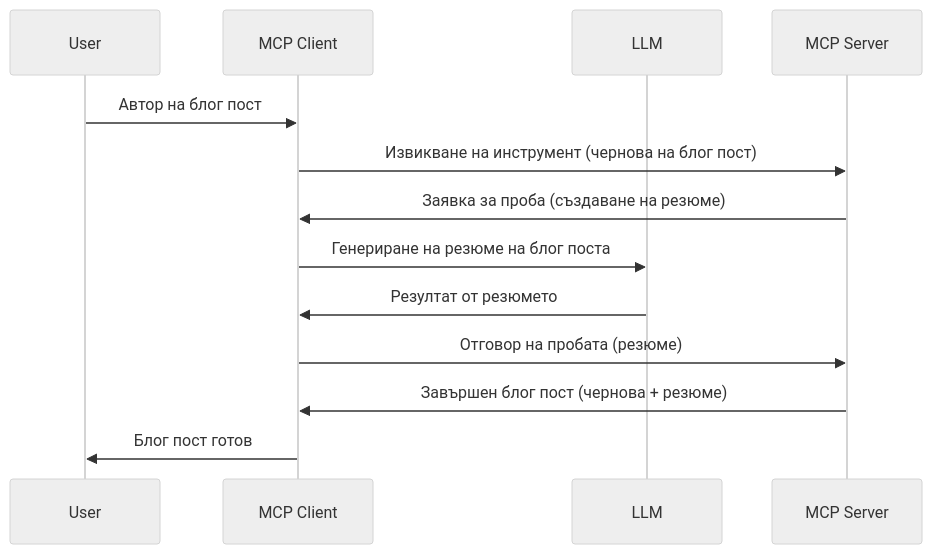
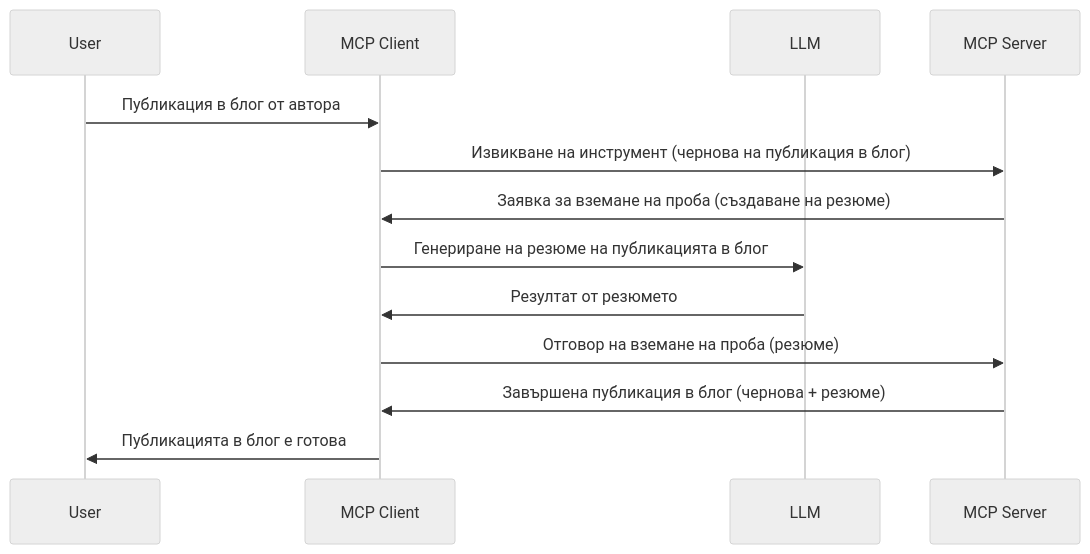
The diagram in mcp_ecosystem__model_context_protocol/mcp_learning_resources/mcp-for-beginners/translations/bg/03-GettingStarted/14-sampling/README.md (HIDORAKAI002/ai-workspace-archive), drawn with Mermaid (neutral theme) before and after one commit. The commit also changed other lines of this file and 1046 other files, not shown here.

````diff
--- a/mcp_ecosystem__model_context_protocol/mcp_learning_resources/mcp-for-beginners/translations/bg/03-GettingStarted/14-sampling/README.md
+++ b/mcp_ecosystem__model_context_protocol/mcp_learning_resources/mcp-for-beginners/translations/bg/03-GettingStarted/14-sampling/README.md
@@ -23,16 +25,16 @@
 ```mermaid
 sequenceDiagram
     participant User
     participant MCP Client
     participant LLM
     participant MCP Server
 
-    User->>MCP Client: Автор на блог пост
-    MCP Client->>MCP Server: Извикване на инструмент (чернова на блог пост)
-    MCP Server->>MCP Client: Заявка за проба (създаване на резюме)
-    MCP Client->>LLM: Генериране на резюме на блог поста
+    User->>MCP Client: Публикация в блог от автора
+    MCP Client->>MCP Server: Извикване на инструмент (чернова на публикация в блог)
+    MCP Server->>MCP Client: Заявка за вземане на проба (създаване на резюме)
+    MCP Client->>LLM: Генериране на резюме на публикацията в блог
     LLM->>MCP Client: Резултат от резюмето
-    MCP Client->>MCP Server: Отговор на пробата (резюме)
-    MCP Server->>MCP Client: Завършен блог пост (чернова + резюме)
-    MCP Client->>User: Блог пост готов
+    MCP Client->>MCP Server: Отговор на вземане на проба (резюме)
+    MCP Server->>MCP Client: Завършена публикация в блог (чернова + резюме)
+    MCP Client->>User: Публикацията в блог е готова
 ```
````
